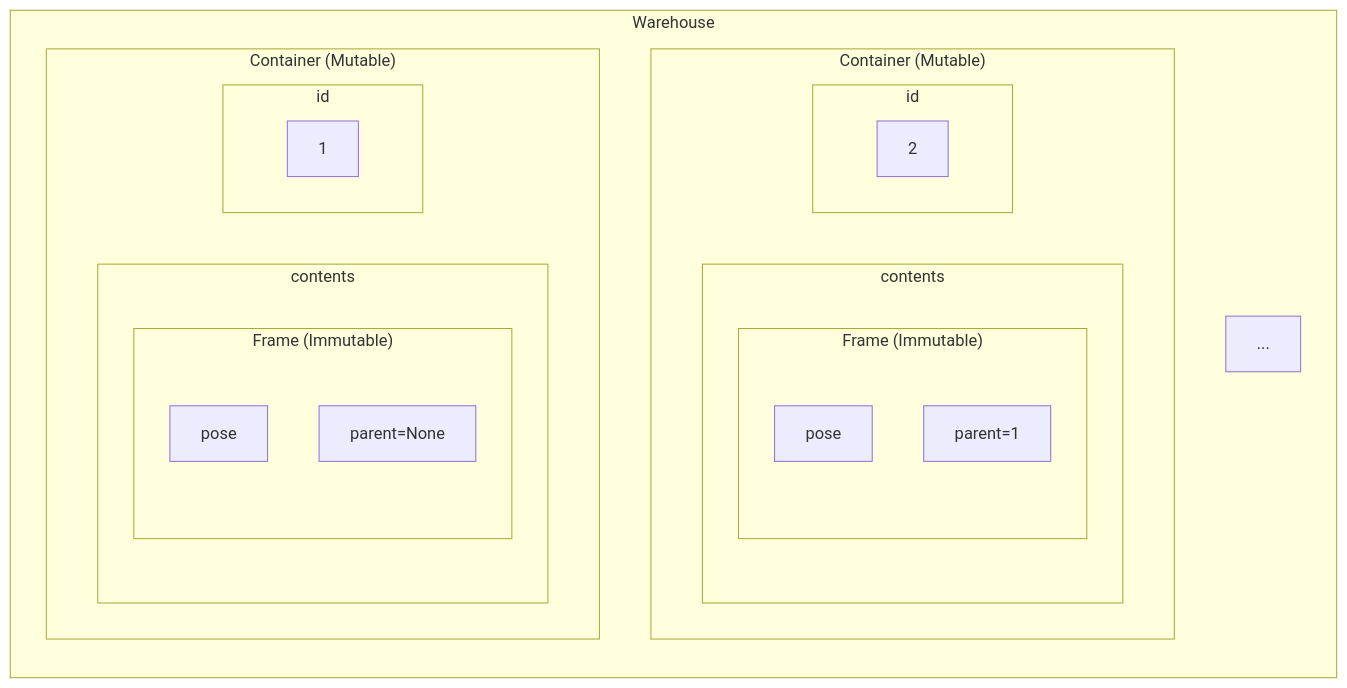
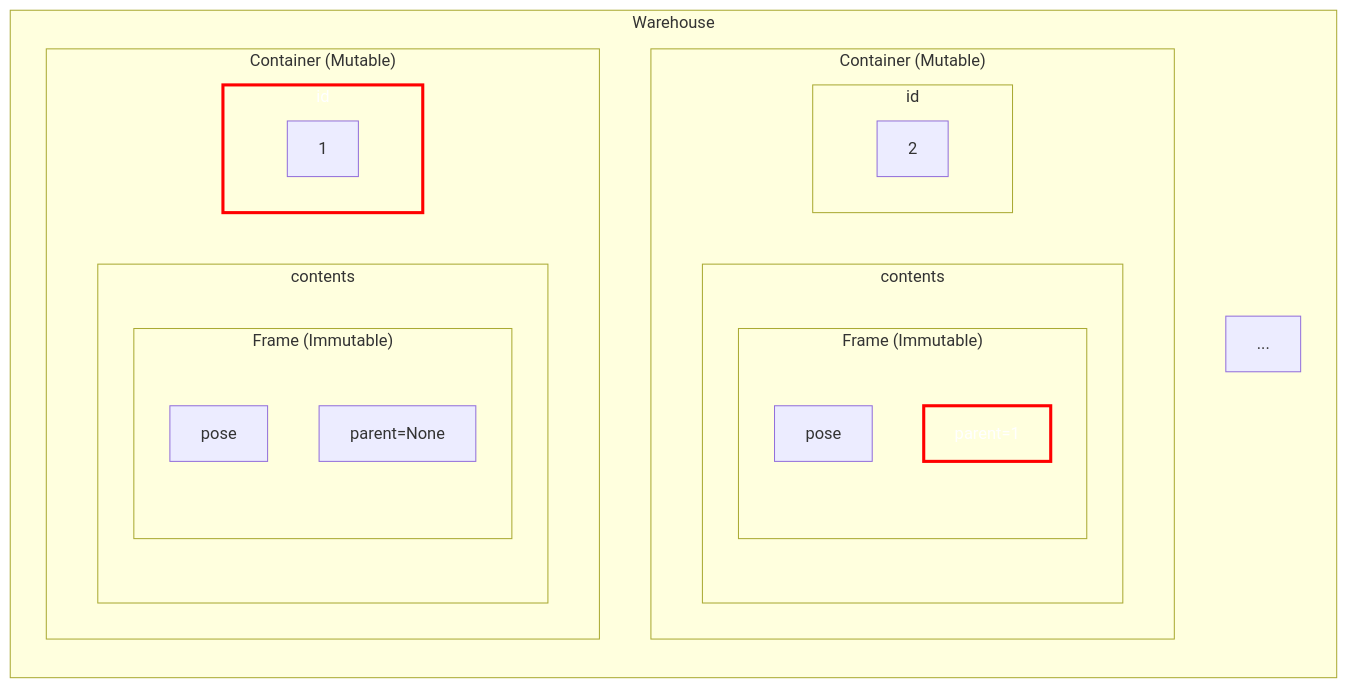
Before and after one commit to TalbotKnighton/djin: the third of 6 diagrams in docs/index.md, drawn with Mermaid. The commit also changed other lines of this file and 19 other files, not shown here.

````diff
--- a/docs/index.md
+++ b/docs/index.md
@@ -19,32 +97,36 @@
 ```mermaid
 graph LR
     subgraph WH ["Warehouse"]
 
         subgraph C1 ["Container (Mutable)"]
             subgraph contents1 ["contents"]
             subgraph F1 ["Frame (Immutable)"]
                 pose_F1["pose"]
                 parent_F1["parent=1"]
             end
             end
             subgraph i1 ["id"]
                 id_i1["2"]
             end
             
             
         end
         subgraph C2 ["Container (Mutable)"]
             subgraph contents2 ["contents"]
                 subgraph F2 ["Frame (Immutable)"]
                     pose_F2["pose"]
                     parent_F2["parent=None"]
                 end
             end
             subgraph i2 ["id"]
                 id_i2["1"]
             end
             
         end
         Etc["..."]
     end
+    
+    classDef red fill:none,stroke:#ff0000,color:#FFFFFF,stroke-width:3px;
+    class i2 red;
+    class parent_F1 red;
 ```
````
